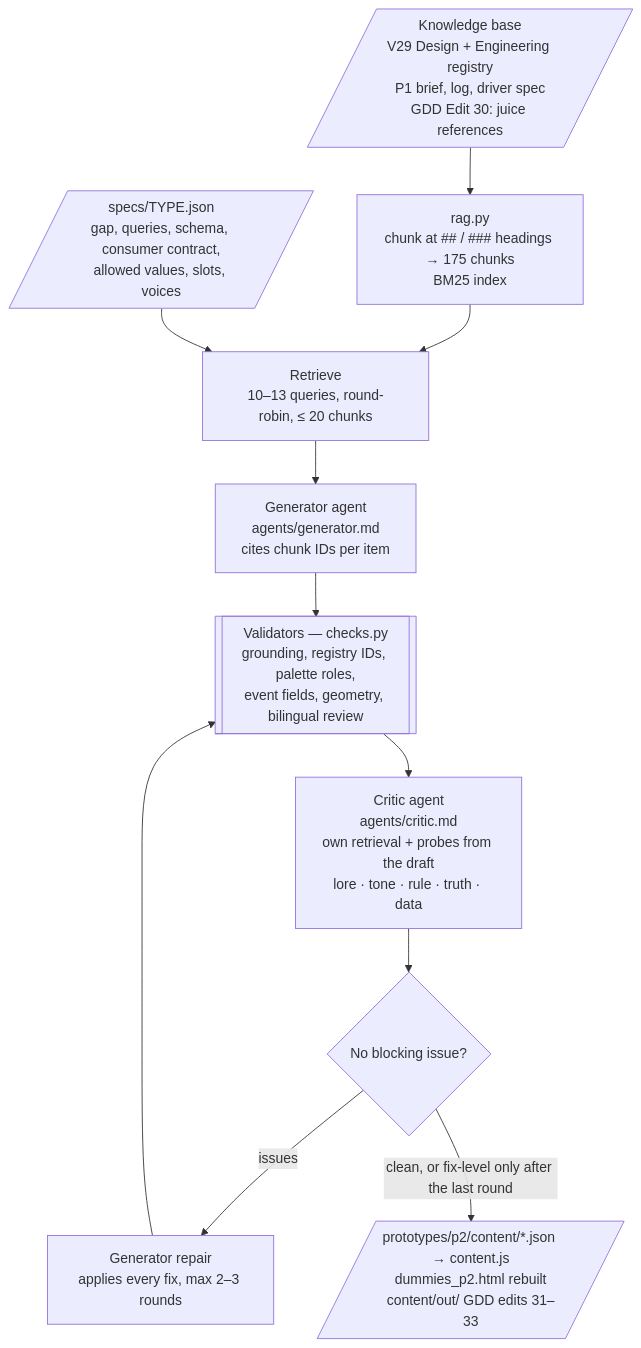
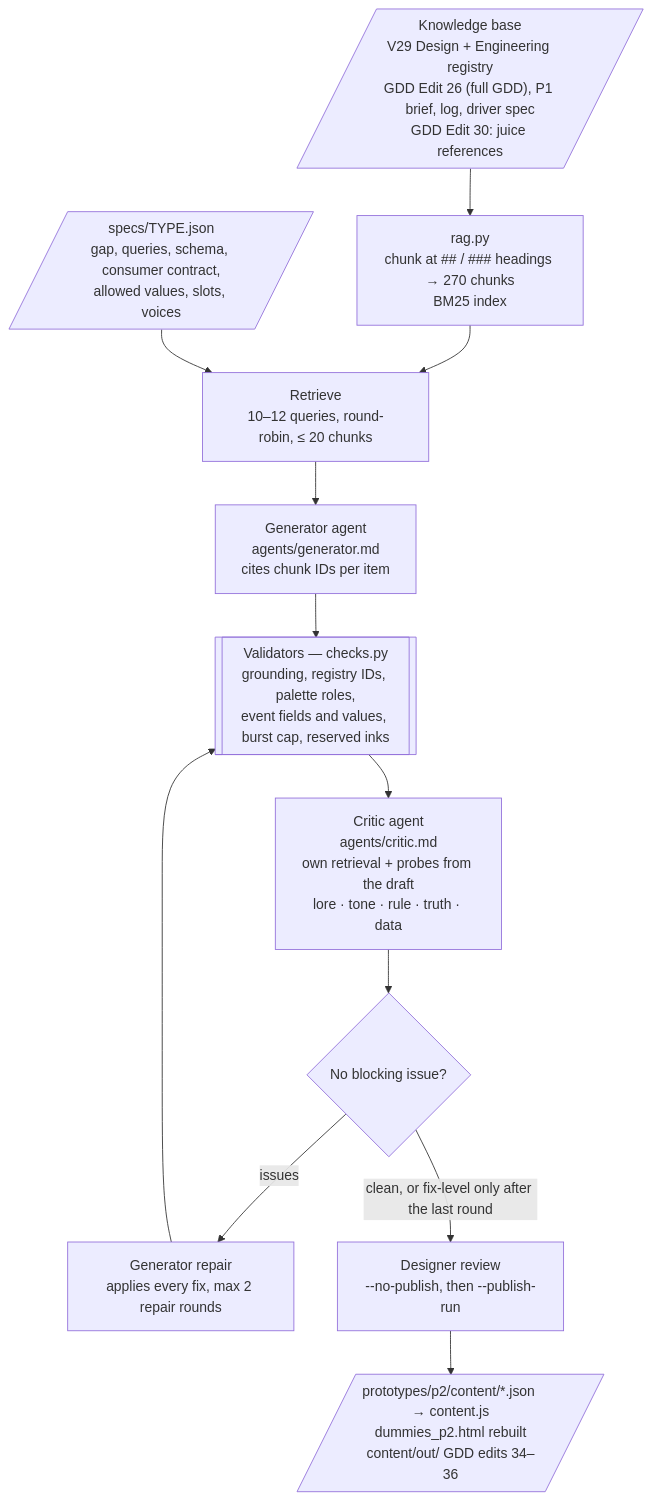
Before and after one commit to lawrencelek/ELVTR-dummies-agent-crew: the diagram in content/README.md, drawn with Mermaid. The commit also changed other lines of this file and 188 other files, not shown here.

````diff
--- a/content/README.md
+++ b/content/README.md
@@ -22,17 +30,18 @@
 ```mermaid
 flowchart TD
-    KB[/"Knowledge base<br/>V29 Design + Engineering registry<br/>P1 brief, log, driver spec<br/>GDD Edit 30: juice references"/]
-    IDX["rag.py<br/>chunk at ## / ### headings → 175 chunks<br/>BM25 index"]
+    KB[/"Knowledge base<br/>V29 Design + Engineering registry<br/>GDD Edit 26 (full GDD), P1 brief, log, driver spec<br/>GDD Edit 30: juice references"/]
+    IDX["rag.py<br/>chunk at ## / ### headings → 270 chunks<br/>BM25 index"]
     SPEC[/"specs/TYPE.json<br/>gap, queries, schema, consumer contract,<br/>allowed values, slots, voices"/]
-    RET["Retrieve<br/>10–13 queries, round-robin, ≤ 20 chunks"]
+    RET["Retrieve<br/>10–12 queries, round-robin, ≤ 20 chunks"]
     GEN["Generator agent<br/>agents/generator.md<br/>cites chunk IDs per item"]
-    VAL[["Validators — checks.py<br/>grounding, registry IDs, palette roles,<br/>event fields, geometry, bilingual review"]]
+    VAL[["Validators — checks.py<br/>grounding, registry IDs, palette roles,<br/>event fields and values, burst cap, reserved inks"]]
     CRIT["Critic agent<br/>agents/critic.md<br/>own retrieval + probes from the draft<br/>lore · tone · rule · truth · data"]
     GATE{"No blocking issue?"}
-    FIX["Generator repair<br/>applies every fix, max 2–3 rounds"]
-    PUB[/"prototypes/p2/content/*.json → content.js<br/>dummies_p2.html rebuilt<br/>content/out/ GDD edits 31–33"/]
+    FIX["Generator repair<br/>applies every fix, max 2 repair rounds"]
+    REV["Designer review<br/>--no-publish, then --publish-run"]
+    PUB[/"prototypes/p2/content/*.json → content.js<br/>dummies_p2.html rebuilt<br/>content/out/ GDD edits 34–36"/]
     KB --> IDX --> RET
     SPEC --> RET --> GEN --> VAL --> CRIT --> GATE
     GATE -- "issues" --> FIX --> VAL
-    GATE -- "clean, or fix-level only after the last round" --> PUB
+    GATE -- "clean, or fix-level only after the last round" --> REV --> PUB
 ```
````
